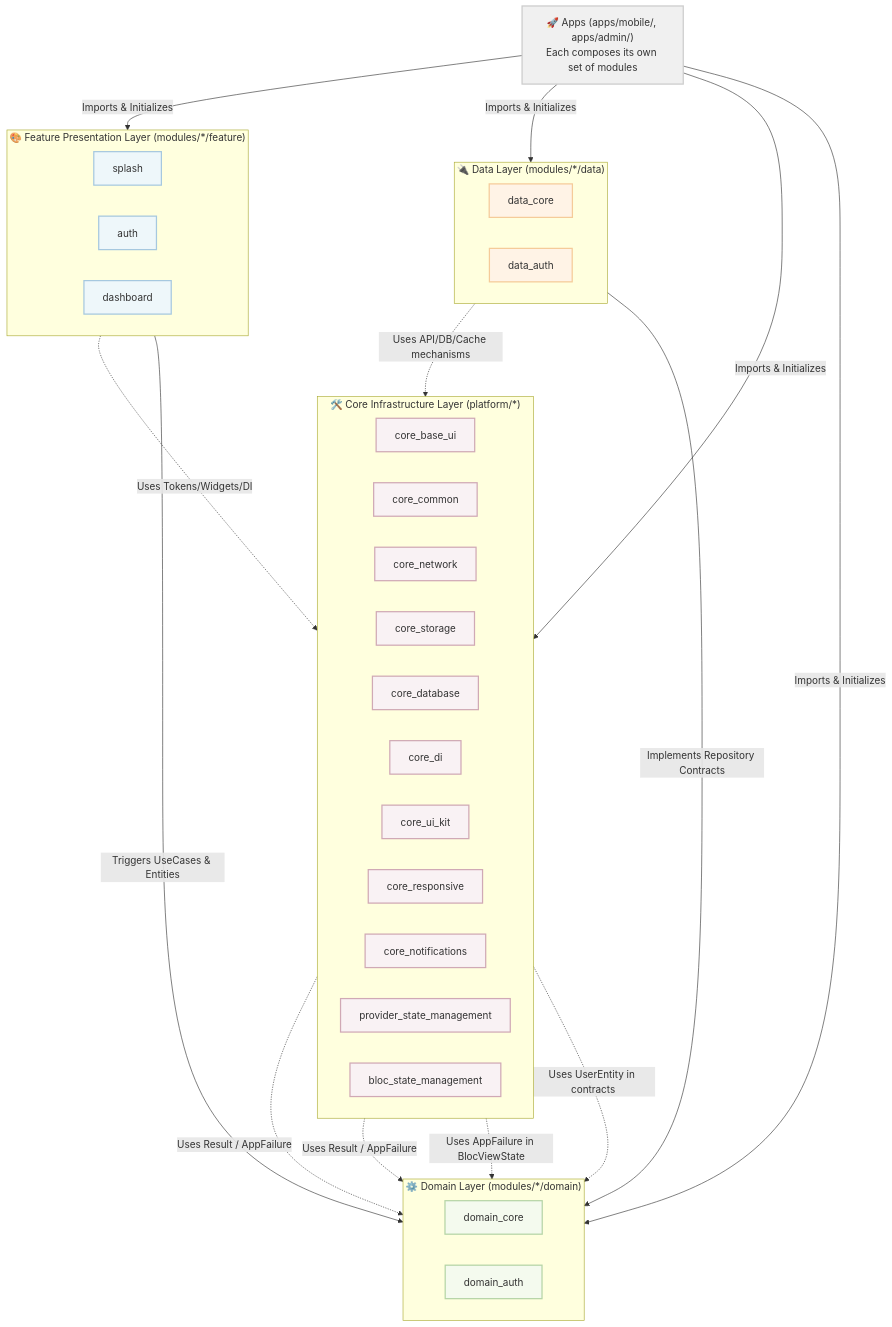
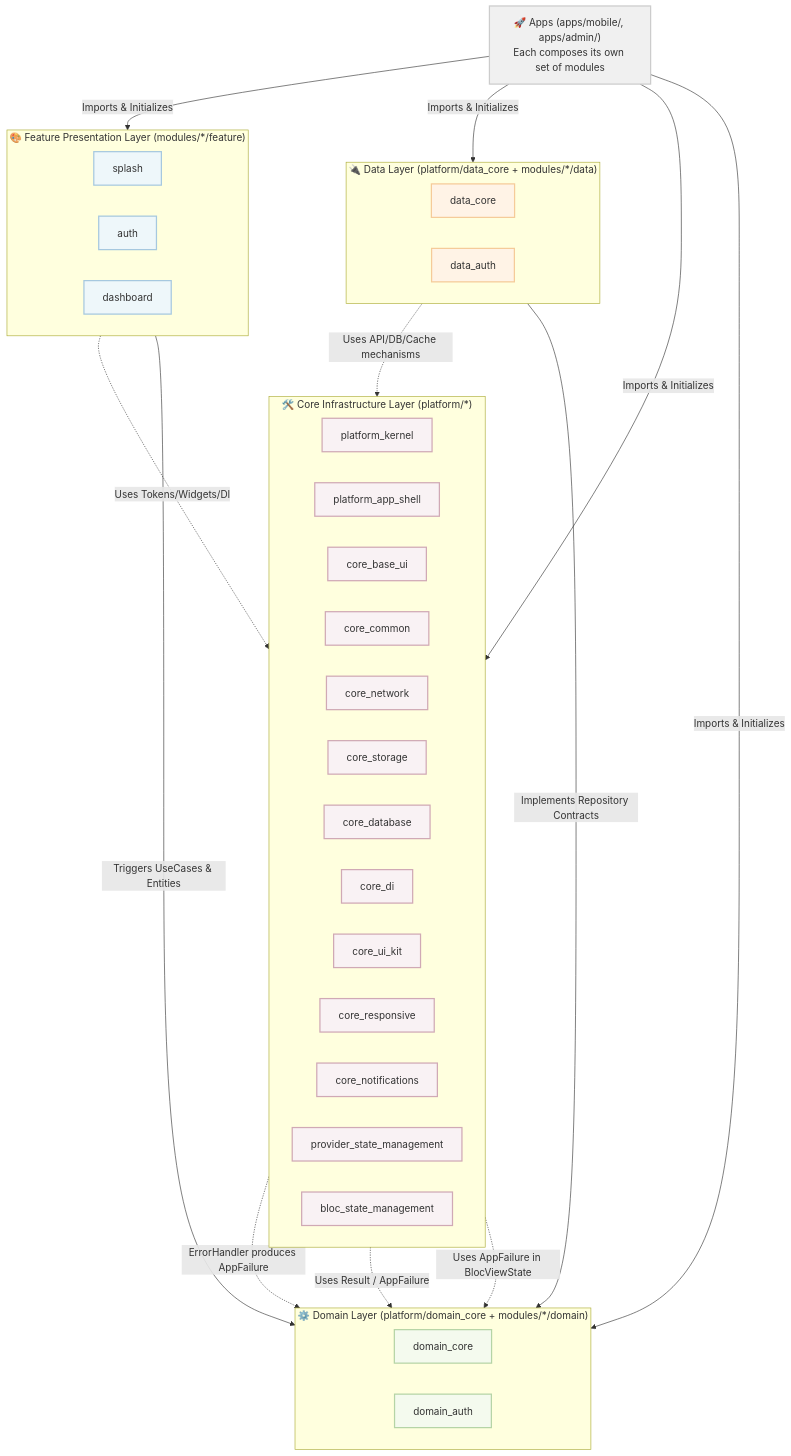
One commit to CaoGiaHieu-dev/flutter-monorepo-codebase changed the diagram in README.md. Above: the diagram before and after it, drawn with Mermaid. The commit also changed other lines of this file and 53 other files, not shown here.

````diff
--- a/README.md
+++ b/README.md
@@ -18,63 +18,64 @@
 ```mermaid
 graph TD
     classDef core fill:#f9f2f4,stroke:#d0a9b5,stroke-width:2px,color:#333;
     classDef feature fill:#eef7fa,stroke:#a6c8df,stroke-width:2px,color:#333;
     classDef domain fill:#f4faee,stroke:#b5d4a6,stroke-width:2px,color:#333;
     classDef data fill:#fff3e6,stroke:#f5cb99,stroke-width:2px,color:#333;
     classDef app fill:#f0f0f0,stroke:#cccccc,stroke-width:2px,color:#333;
 
     App["🚀 Apps (apps/mobile/, apps/admin/)<br/>Each composes its own set of modules"]:::app
 
     subgraph FeatureLayer ["🎨 Feature Presentation Layer (modules/*/feature)"]
         direction LR
         FeatSplash["splash"]:::feature
         FeatAuth["auth"]:::feature
         FeatDash["dashboard"]:::feature
     end
 
-    subgraph DataLayer ["🔌 Data Layer (modules/*/data)"]
+    subgraph DataLayer ["🔌 Data Layer (platform/data_core + modules/*/data)"]
         direction LR
         DataCore["data_core"]:::data
         DataAuth["data_auth"]:::data
     end
 
-    subgraph DomainLayer ["⚙️ Domain Layer (modules/*/domain)"]
+    subgraph DomainLayer ["⚙️ Domain Layer (platform/domain_core + modules/*/domain)"]
         direction LR
         DomCore["domain_core"]:::domain
         DomAuth["domain_auth"]:::domain
     end
 
     subgraph CoreLayer ["🛠️ Core Infrastructure Layer (platform/*)"]
         direction LR
+        CoreKern["platform_kernel"]:::core
+        CoreShell["platform_app_shell"]:::core
         CoreUI["core_base_ui"]:::core
         CoreCom["core_common"]:::core
         CoreNet["core_network"]:::core
         CoreStore["core_storage"]:::core
         CoreDB["core_database"]:::core
         CoreDI["core_di"]:::core
         CoreKit["core_ui_kit"]:::core
         CoreResp["core_responsive"]:::core
         CoreNotif["core_notifications"]:::core
         CoreProv["provider_state_management"]:::core
         CoreBloc["bloc_state_management"]:::core
     end
 
     %% Cross-layer Relationships
     App -->|"Imports & Initializes"| FeatureLayer
     App -->|"Imports & Initializes"| DataLayer
     App -->|"Imports & Initializes"| DomainLayer
     App -->|"Imports & Initializes"| CoreLayer
 
     FeatureLayer -->|"Triggers UseCases & Entities"| DomainLayer
     DataLayer -->|"Implements Repository Contracts"| DomainLayer
 
     FeatureLayer -.->|"Uses Tokens/Widgets/DI"| CoreLayer
     DataLayer -.->|"Uses API/DB/Cache mechanisms"| CoreLayer
 
     %% Domain sits at the centre and depends on NOTHING.
     %% Core may depend on Domain — never the reverse.
-    CoreCom -.->|"Uses Result / AppFailure"| DomCore
+    CoreKern -.->|"ErrorHandler produces AppFailure"| DomCore
     CoreProv -.->|"Uses Result / AppFailure"| DomCore
     CoreBloc -.->|"Uses AppFailure in BlocViewState"| DomCore
-    CoreDI -.->|"Uses UserEntity in contracts"| DomAuth
 ```
````
